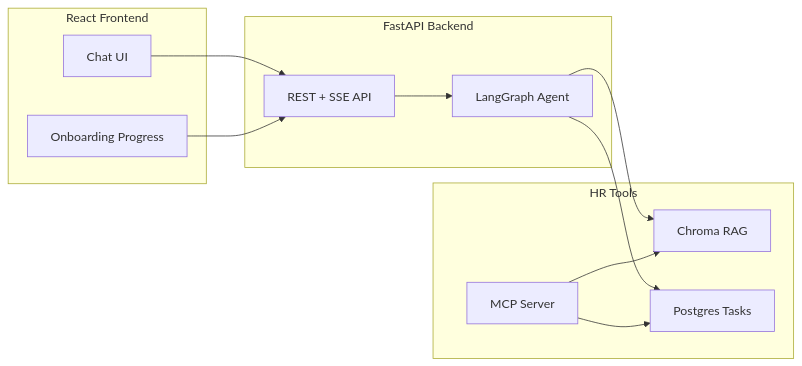
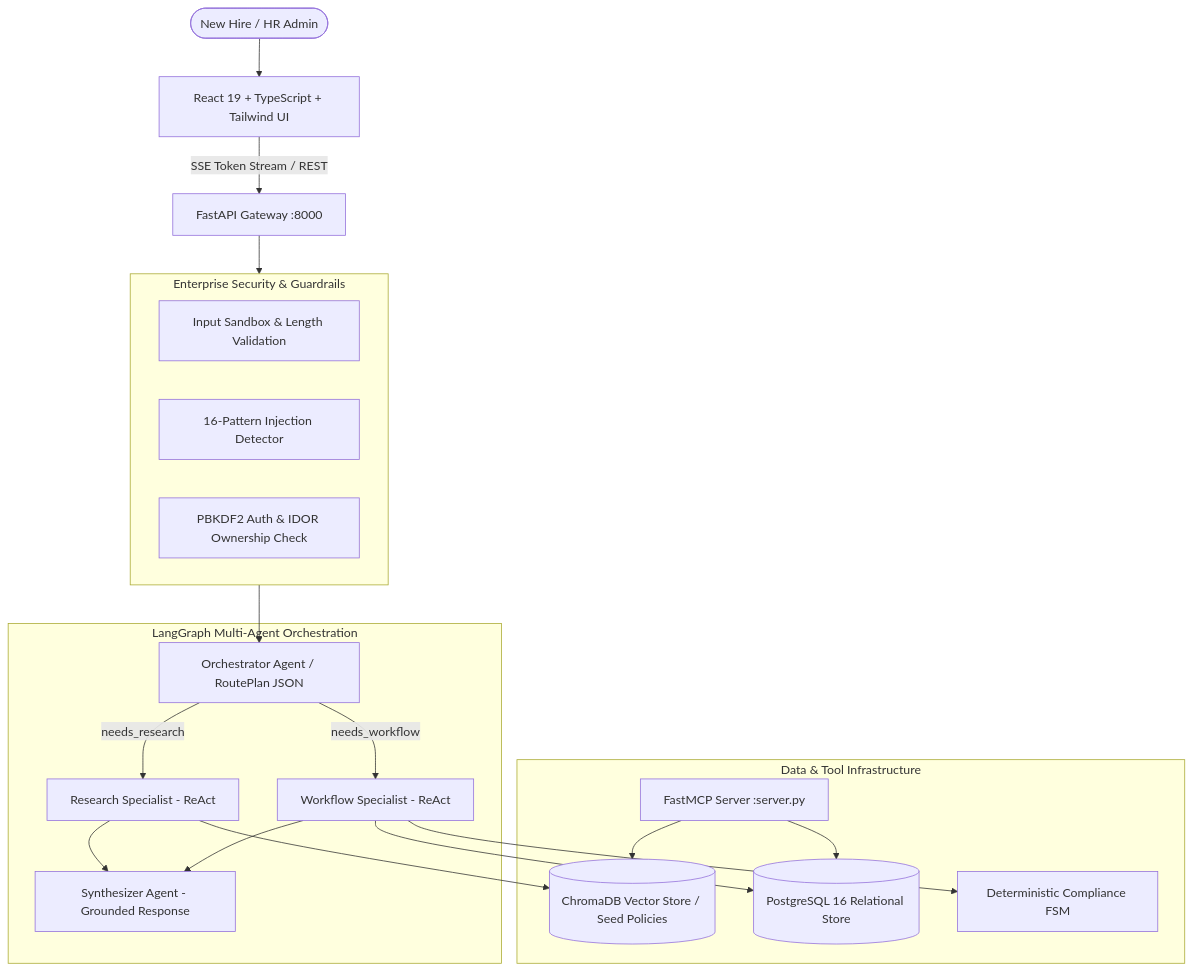
One commit to BharathKumarBD/Employee-Onboarding changed the diagram in README.md. Above: the diagram before and after it, drawn with Mermaid. The commit also changed other lines of this file and 32 other files, not shown here.

````diff
--- a/README.md
+++ b/README.md
@@ -26,23 +26,38 @@
 ```mermaid
-flowchart LR
-  subgraph frontend [React Frontend]
-    Chat[Chat UI]
-    Progress[Onboarding Progress]
-  end
-  subgraph backend [FastAPI Backend]
-    API[REST + SSE API]
-    Agent[LangGraph Agent]
-  end
-  subgraph tools [HR Tools]
-    MCP[MCP Server]
-    RAG[Chroma RAG]
-    Tasks[Postgres Tasks]
-  end
-  Chat --> API
-  Progress --> API
-  API --> Agent
-  Agent --> RAG
-  Agent --> Tasks
-  MCP --> RAG
-  MCP --> Tasks
+flowchart TD
+    User([New Hire / HR Admin]) --> Frontend[React 19 + TypeScript + Tailwind UI]
+    Frontend -->|SSE Token Stream / REST| API[FastAPI Gateway :8000]
+    
+    subgraph SecurityLayer [Enterprise Security & Guardrails]
+        Sanitizer[Input Sandbox & Length Validation]
+        InjectionFilter[16-Pattern Injection Detector]
+        AuthRBAC[PBKDF2 Auth & IDOR Ownership Check]
+    end
+    API --> SecurityLayer
+    
+    subgraph MultiAgentGraph [LangGraph Multi-Agent Orchestration]
+        Orchestrator[Orchestrator Agent / RoutePlan JSON]
+        ResearchAgent[Research Specialist - ReAct]
+        WorkflowAgent[Workflow Specialist - ReAct]
+        Synthesizer[Synthesizer Agent - Grounded Response]
+        
+        Orchestrator -->|needs_research| ResearchAgent
+        Orchestrator -->|needs_workflow| WorkflowAgent
+        ResearchAgent --> Synthesizer
+        WorkflowAgent --> Synthesizer
+    end
+    SecurityLayer --> Orchestrator
+    
+    subgraph ToolingAndStorage [Data & Tool Infrastructure]
+        RAG[(ChromaDB Vector Store / Seed Policies)]
+        DB[(PostgreSQL 16 Relational Store)]
+        ComplianceFSM[Deterministic Compliance FSM]
+        MCP[FastMCP Server :server.py]
+    end
+    
+    ResearchAgent --> RAG
+    WorkflowAgent --> DB
+    WorkflowAgent --> ComplianceFSM
+    MCP --> DB
+    MCP --> RAG
 ```
````
